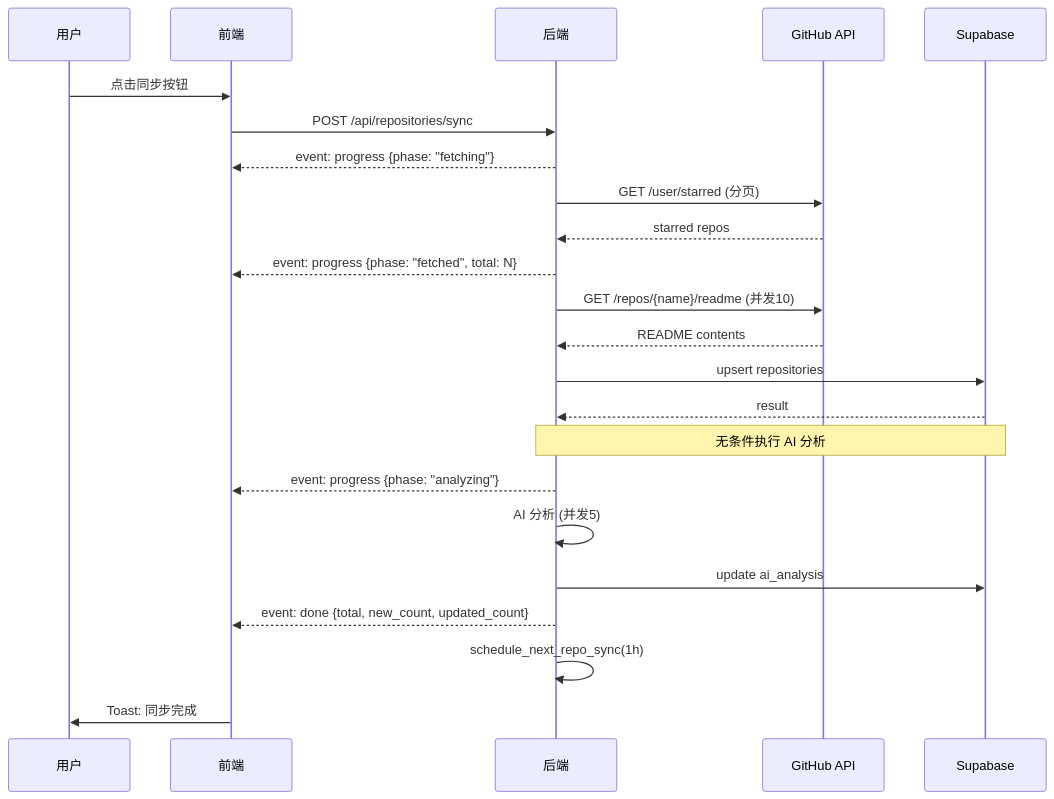
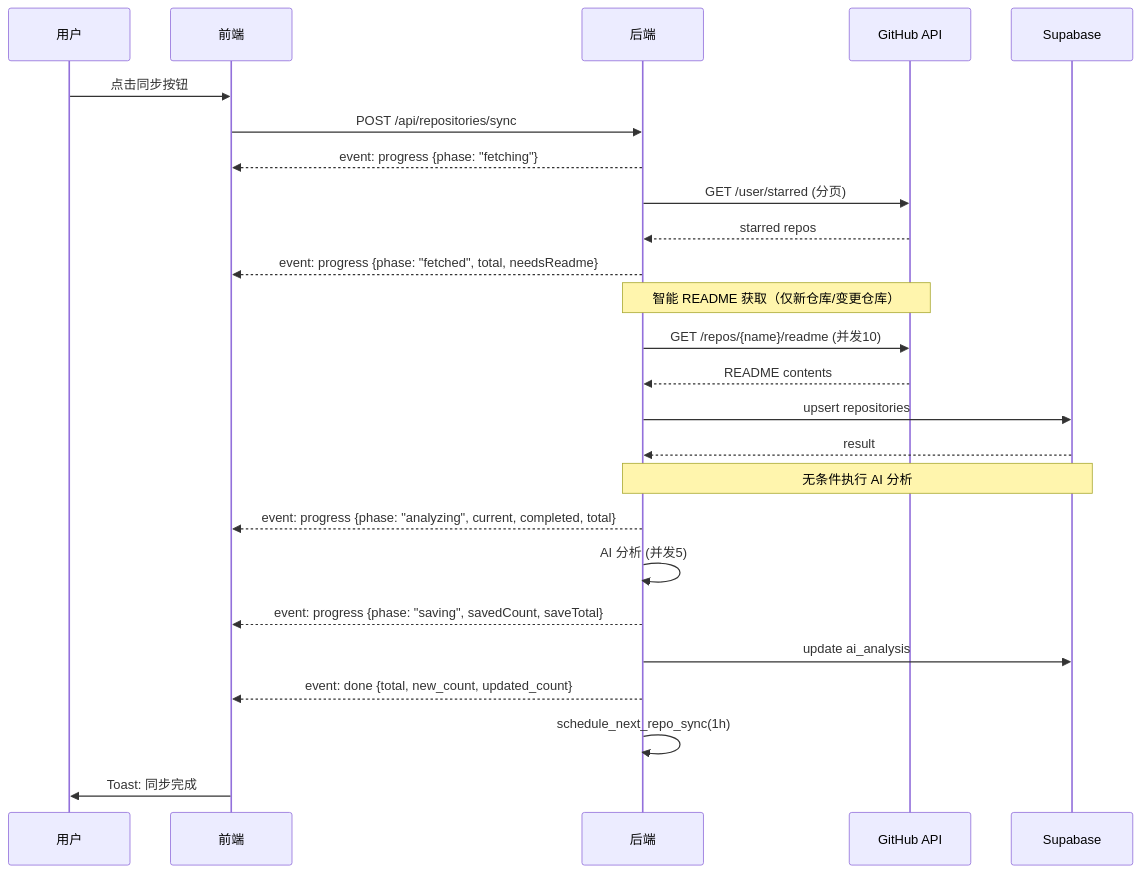
One commit to InvisibleQAQ/SaveHub_Supabase changed the third of 3 diagrams in docs/RSS_subscribe/仓库同步流程.md. Above: the diagram before and after it, drawn with Mermaid. The commit also changed other lines of this file and 2 other files, not shown here.

````diff
--- a/docs/RSS_subscribe/仓库同步流程.md
+++ b/docs/RSS_subscribe/仓库同步流程.md
@@ -77,31 +119,33 @@
 ```mermaid
 sequenceDiagram
     participant U as 用户
     participant F as 前端
     participant B as 后端
     participant G as GitHub API
     participant D as Supabase
 
     U->>F: 点击同步按钮
     F->>B: POST /api/repositories/sync
 
     B-->>F: event: progress {phase: "fetching"}
     B->>G: GET /user/starred (分页)
     G-->>B: starred repos
-    B-->>F: event: progress {phase: "fetched", total: N}
+    B-->>F: event: progress {phase: "fetched", total, needsReadme}
 
+    Note over B,G: 智能 README 获取（仅新仓库/变更仓库）
     B->>G: GET /repos/{name}/readme (并发10)
     G-->>B: README contents
 
     B->>D: upsert repositories
     D-->>B: result
 
     Note over B,D: 无条件执行 AI 分析
-    B-->>F: event: progress {phase: "analyzing"}
+    B-->>F: event: progress {phase: "analyzing", current, completed, total}
     B->>B: AI 分析 (并发5)
+    B-->>F: event: progress {phase: "saving", savedCount, saveTotal}
     B->>D: update ai_analysis
 
     B-->>F: event: done {total, new_count, updated_count}
     B->>B: schedule_next_repo_sync(1h)
     F->>U: Toast: 同步完成
 ```
````
